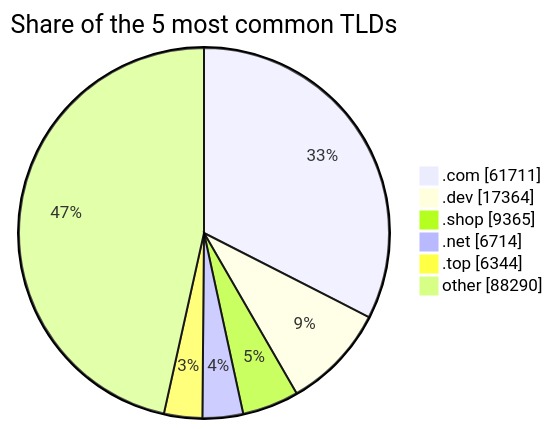
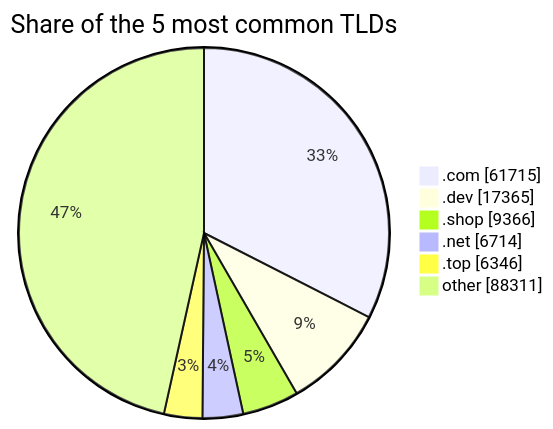
One commit to DNSBunker/CTI changed the third of 3 diagrams in README.md. Above: the diagram before and after it, drawn with Mermaid. The commit also changed other lines of this file and 3 other files, not shown here.

````diff
--- a/README.md
+++ b/README.md
@@ -81,9 +81,9 @@
 ```mermaid
 pie showData title Share of the 5 most common TLDs
-    ".com" : 61711
-    ".dev" : 17364
-    ".shop" : 9365
+    ".com" : 61715
+    ".dev" : 17365
+    ".shop" : 9366
     ".net" : 6714
-    ".top" : 6344
-    "other" : 88290
+    ".top" : 6346
+    "other" : 88311
 ```
````
